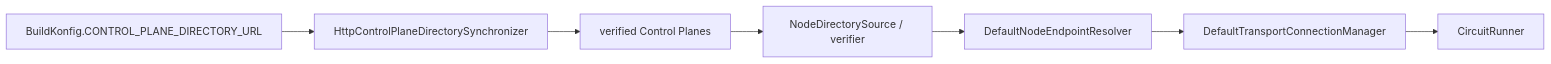
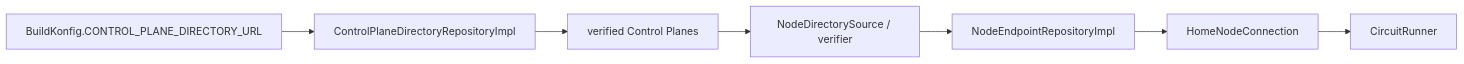
The diagram in docs/features/transport.md (cbgm/Sparrow), drawn with Mermaid before and after one commit. The commit also changed other lines of this file and 186 other files, not shown here.

````diff
--- a/docs/features/transport.md
+++ b/docs/features/transport.md
@@ -7,12 +7,12 @@
 ```mermaid
 flowchart LR
     BK[BuildKonfig.CONTROL_PLANE_DIRECTORY_URL]
-    DS[HttpControlPlaneDirectorySynchronizer]
+    DS[ControlPlaneDirectoryRepositoryImpl]
     CP[verified Control Planes]
     ND[NodeDirectorySource / verifier]
-    ER[DefaultNodeEndpointResolver]
-    CM[DefaultTransportConnectionManager]
+    ER[NodeEndpointRepositoryImpl]
+    CM[HomeNodeConnection]
     CR[CircuitRunner]
 
     BK --> DS --> CP --> ND --> ER --> CM --> CR
 ```
````
